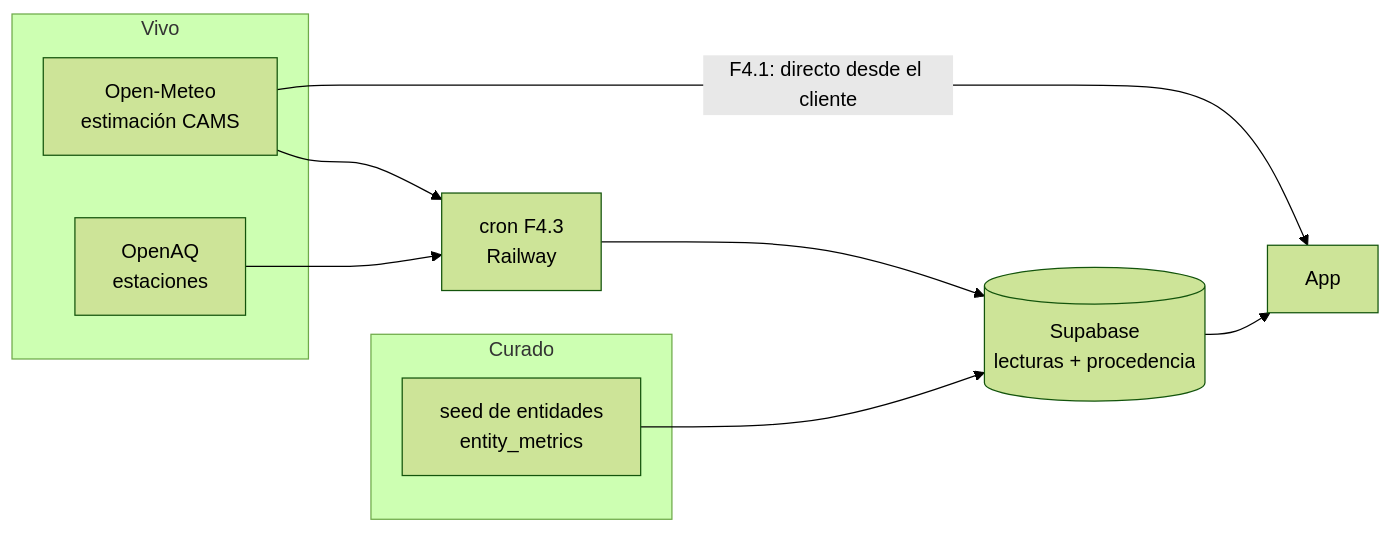
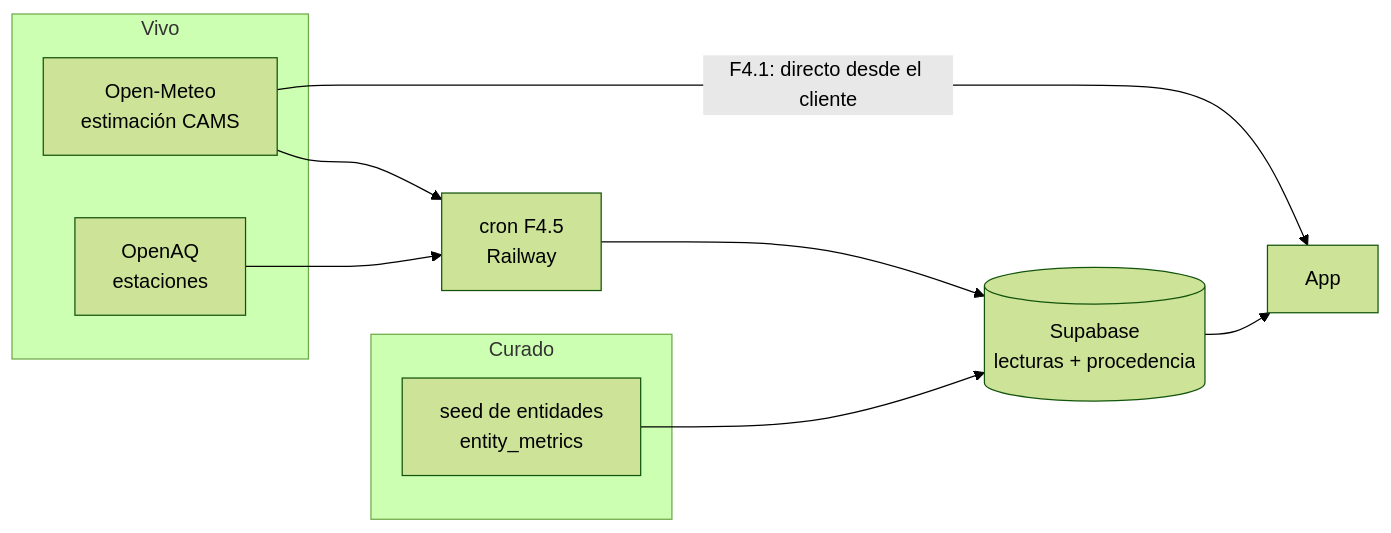
One commit to ExpeAvomo15/oveng-envhealth changed the diagram in docs/08_DATOS_EN_VIVO.md. Above: the diagram before and after it, drawn with Mermaid (forest theme). The commit also changed other lines of this file and 112 other files, not shown here.

````diff
--- a/docs/08_DATOS_EN_VIVO.md
+++ b/docs/08_DATOS_EN_VIVO.md
@@ -93,20 +93,20 @@
 ```mermaid
 graph LR
     subgraph vivo["Vivo"]
         om["Open-Meteo<br/>estimación CAMS"]
         oaq["OpenAQ<br/>estaciones"]
     end
     subgraph curado["Curado"]
         seed["seed de entidades<br/>entity_metrics"]
     end
-    cron["cron F4.3<br/>Railway"]
+    cron["cron F4.5<br/>Railway"]
     db[("Supabase<br/>lecturas + procedencia")]
     app["App"]
 
     om -->|"F4.1: directo desde el cliente"| app
     om --> cron
     oaq --> cron
     cron --> db
     seed --> db
     db --> app
 ```
````
